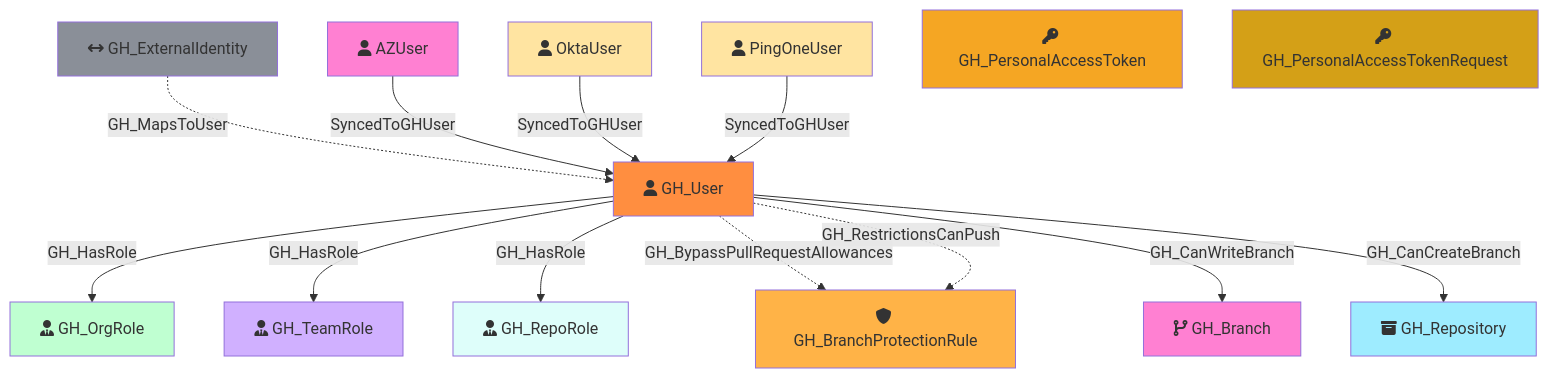
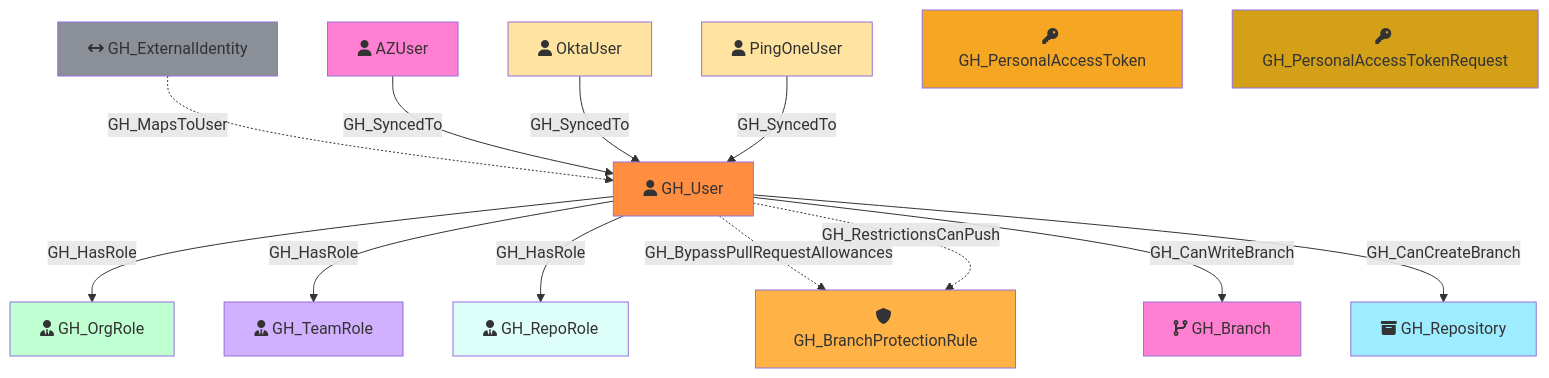
The diagram in Documentation/NodeDescriptions/GH_User.md (SpecterOps/GitHound), drawn with Mermaid before and after one commit. The commit also changed other lines of this file and 13 other files, not shown here.

Commit message:
Changed SyncedToGHUser edge to GH_SyncedTo

````diff
--- a/Documentation/NodeDescriptions/GH_User.md
+++ b/Documentation/NodeDescriptions/GH_User.md
@@ -51,46 +51,46 @@
 ```mermaid
 flowchart TD
     GH_User[fa:fa-user GH_User]
     GH_OrgRole[fa:fa-user-tie GH_OrgRole]
     GH_RepoRole[fa:fa-user-tie GH_RepoRole]
     GH_TeamRole[fa:fa-user-tie GH_TeamRole]
     GH_Branch[fa:fa-code-branch GH_Branch]
     GH_ExternalIdentity[fa:fa-arrows-left-right GH_ExternalIdentity]
     AZUser[fa:fa-user AZUser]
     OktaUser[fa:fa-user OktaUser]
     PingOneUser[fa:fa-user PingOneUser]
 
     style GH_User fill:#FF8E40
     style GH_OrgRole fill:#BFFFD1
     style GH_RepoRole fill:#DEFEFA
     style GH_TeamRole fill:#D0B0FF
     style GH_Branch fill:#FF80D2
     style GH_ExternalIdentity fill:#8A8F98
     style AZUser fill:#FF80D2
     style OktaUser fill:#FFE4A1
     style PingOneUser fill:#FFE4A1
 
     GH_PersonalAccessToken[fa:fa-key GH_PersonalAccessToken]
     GH_PersonalAccessTokenRequest[fa:fa-key GH_PersonalAccessTokenRequest]
 
     style GH_PersonalAccessToken fill:#F5A623
     style GH_PersonalAccessTokenRequest fill:#D4A017
 
     GH_BranchProtectionRule[fa:fa-shield GH_BranchProtectionRule]
     GH_Repository[fa:fa-box-archive GH_Repository]
 
     style GH_BranchProtectionRule fill:#FFB347
     style GH_Repository fill:#9EECFF
 
     GH_User -->|GH_HasRole| GH_OrgRole
     GH_User -->|GH_HasRole| GH_TeamRole
     GH_User -->|GH_HasRole| GH_RepoRole
     GH_User -.->|GH_BypassPullRequestAllowances| GH_BranchProtectionRule
     GH_User -.->|GH_RestrictionsCanPush| GH_BranchProtectionRule
     GH_User -->|GH_CanWriteBranch| GH_Branch
     GH_User -->|GH_CanCreateBranch| GH_Repository
     GH_ExternalIdentity -.->|GH_MapsToUser| GH_User
-    AZUser -->|SyncedToGHUser| GH_User
-    OktaUser -->|SyncedToGHUser| GH_User
-    PingOneUser -->|SyncedToGHUser| GH_User
+    AZUser -->|GH_SyncedTo| GH_User
+    OktaUser -->|GH_SyncedTo| GH_User
+    PingOneUser -->|GH_SyncedTo| GH_User
 ```
````
